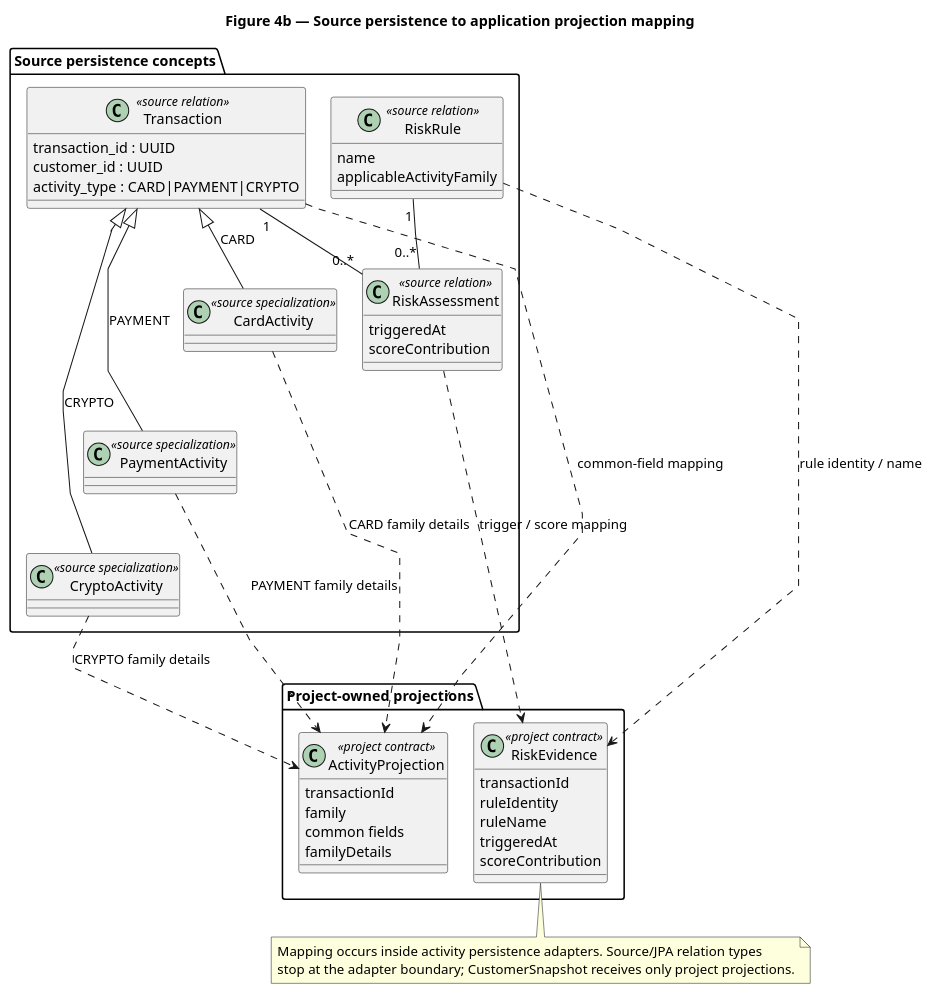
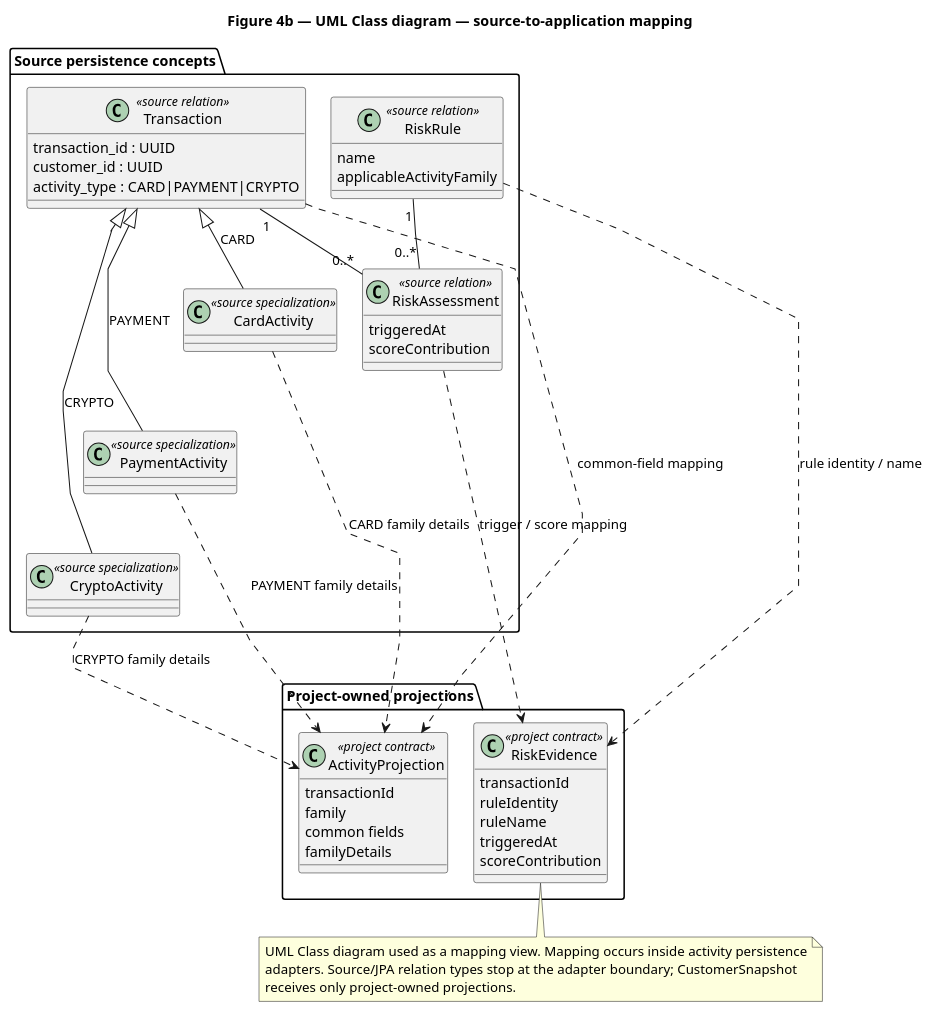
Before and after one commit to jdoe-dev-159753/specgraph-reference-app: the diagram in docs/assignment/SDD/diagrams/source-contract-mapping.puml, drawn with PlantUML.

Commit message:
docs: identify source mapping as UML class diagram

```diff
--- a/docs/assignment/SDD/diagrams/source-contract-mapping.puml
+++ b/docs/assignment/SDD/diagrams/source-contract-mapping.puml
@@ -1,67 +1,68 @@
 @startuml
-title Figure 4b — Source persistence to application projection mapping
+title Figure 4b — UML Class diagram — source-to-application mapping
 top to bottom direction
 skinparam classAttributeIconSize 0
 skinparam linetype polyline
 skinparam nodesep 25
 skinparam ranksep 40
 
 package "Source persistence concepts" {
   class Transaction <<source relation>> {
     transaction_id : UUID
     customer_id : UUID
     activity_type : CARD|PAYMENT|CRYPTO
   }
   class CardActivity <<source specialization>>
   class PaymentActivity <<source specialization>>
   class CryptoActivity <<source specialization>>
   class RiskAssessment <<source relation>> {
     triggeredAt
     scoreContribution
   }
   class RiskRule <<source relation>> {
     name
     applicableActivityFamily
   }
 
   Transaction <|-- CardActivity : CARD
   Transaction <|-- PaymentActivity : PAYMENT
   Transaction <|-- CryptoActivity : CRYPTO
   Transaction "1" -- "0..*" RiskAssessment
   RiskRule "1" -- "0..*" RiskAssessment
 
   CardActivity -[hidden]down-> PaymentActivity
   PaymentActivity -[hidden]down-> CryptoActivity
   RiskRule -[hidden]down-> RiskAssessment
 }
 
 package "Project-owned projections" {
   class ActivityProjection <<project contract>> {
     transactionId
     family
     common fields
     familyDetails
   }
   class RiskEvidence <<project contract>> {
     transactionId
     ruleIdentity
     ruleName
     triggeredAt
     scoreContribution
   }
 
   ActivityProjection -[hidden]right-> RiskEvidence
 }
 
 Transaction ..> ActivityProjection : common-field mapping
 CardActivity ..> ActivityProjection : CARD family details
 PaymentActivity ..> ActivityProjection : PAYMENT family details
 CryptoActivity ..> ActivityProjection : CRYPTO family details
 RiskAssessment ..> RiskEvidence : trigger / score mapping
 RiskRule ..> RiskEvidence : rule identity / name
 
 note bottom
-  Mapping occurs inside activity persistence adapters. Source/JPA relation types
-  stop at the adapter boundary; CustomerSnapshot receives only project projections.
+  UML Class diagram used as a mapping view. Mapping occurs inside activity persistence
+  adapters. Source/JPA relation types stop at the adapter boundary; CustomerSnapshot
+  receives only project-owned projections.
 end note
 @enduml
```
